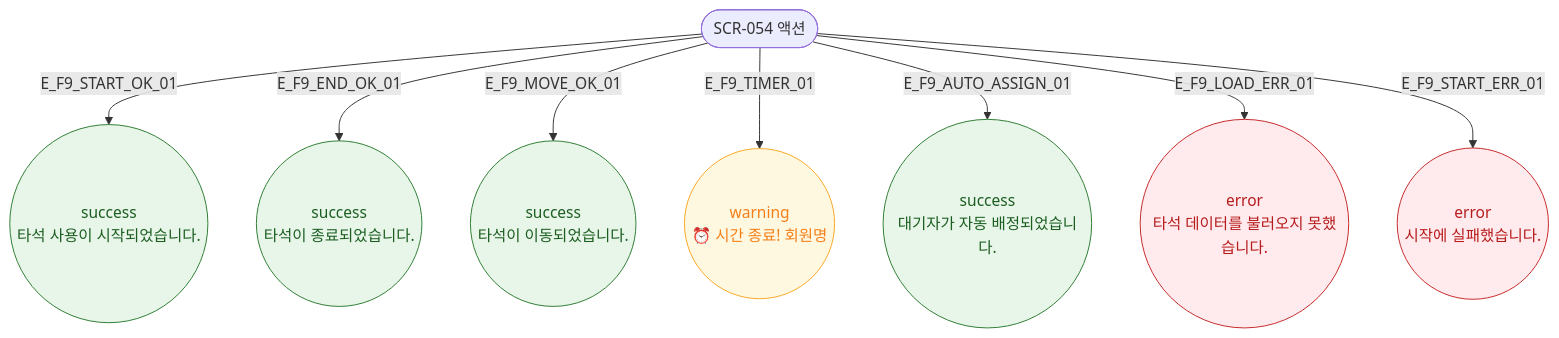
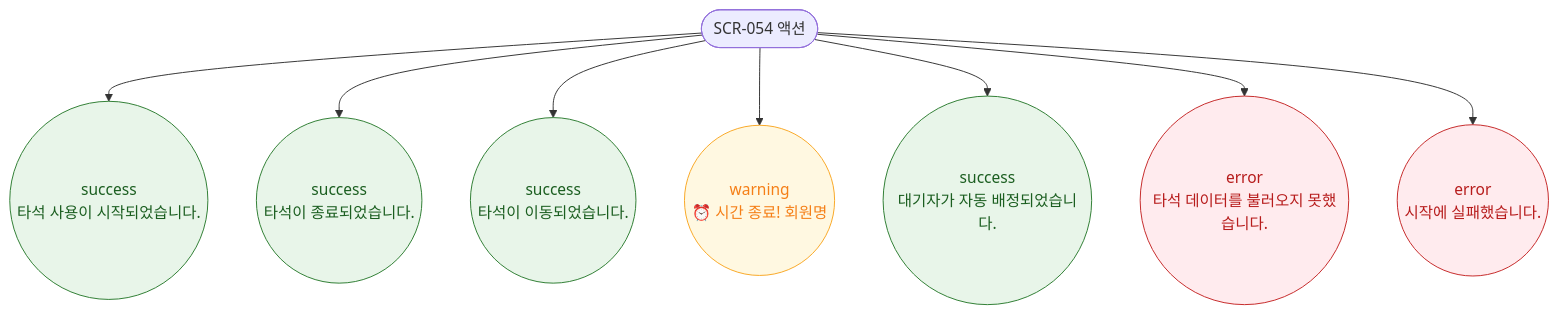
Before and after one commit to dev-spogym/admin-pando: the diagram in docs/다이어그램/D06_시설관리/SCR-054_골프타석관리/F9_토스트.md, drawn with Mermaid. The commit also changed other lines of this file and 1660 other files, not shown here.

First line of the commit message:
다이어그램: 기획자/클라이언트 납품본으로 정리

````diff
--- a/docs/다이어그램/D06_시설관리/SCR-054_골프타석관리/F9_토스트.md
+++ b/docs/다이어그램/D06_시설관리/SCR-054_골프타석관리/F9_토스트.md
@@ -16,19 +14,19 @@
 ```mermaid
 flowchart TD
     TRIGGER([SCR-054 액션])
 
-    TRIGGER -->|E_F9_START_OK_01| T_START((success\n타석 사용이 시작되었습니다.))
-    TRIGGER -->|E_F9_END_OK_01| T_END((success\n타석이 종료되었습니다.))
-    TRIGGER -->|E_F9_MOVE_OK_01| T_MOVE((success\n타석이 이동되었습니다.))
-    TRIGGER -->|E_F9_TIMER_01| T_TIMER((warning\n⏰ 시간 종료! 회원명))
-    TRIGGER -->|E_F9_AUTO_ASSIGN_01| T_ASSIGN((success\n대기자가 자동 배정되었습니다.))
-    TRIGGER -->|E_F9_LOAD_ERR_01| T_LOAD_ERR((error\n타석 데이터를 불러오지 못했습니다.))
-    TRIGGER -->|E_F9_START_ERR_01| T_START_ERR((error\n시작에 실패했습니다.))
+    TRIGGER --> T_START((success\n타석 사용이 시작되었습니다.))
+    TRIGGER --> T_END((success\n타석이 종료되었습니다.))
+    TRIGGER --> T_MOVE((success\n타석이 이동되었습니다.))
+    TRIGGER --> T_TIMER((warning\n⏰ 시간 종료! 회원명))
+    TRIGGER --> T_ASSIGN((success\n대기자가 자동 배정되었습니다.))
+    TRIGGER --> T_LOAD_ERR((error\n타석 데이터를 불러오지 못했습니다.))
+    TRIGGER --> T_START_ERR((error\n시작에 실패했습니다.))
 
     classDef success fill:#E8F5E9,stroke:#2E7D32,color:#1B5E20
     classDef warning fill:#FFF8E1,stroke:#F9A825,color:#F57F17
     classDef error fill:#FFEBEE,stroke:#C62828,color:#B71C1C
     class T_START,T_END,T_MOVE,T_ASSIGN success
     class T_TIMER warning
     class T_LOAD_ERR,T_START_ERR error
 ```
````
